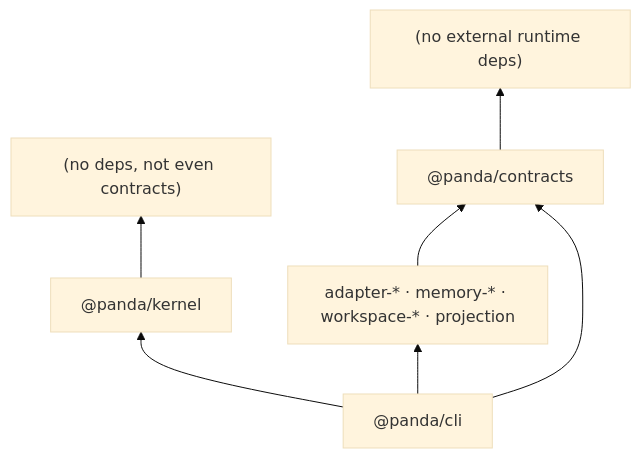
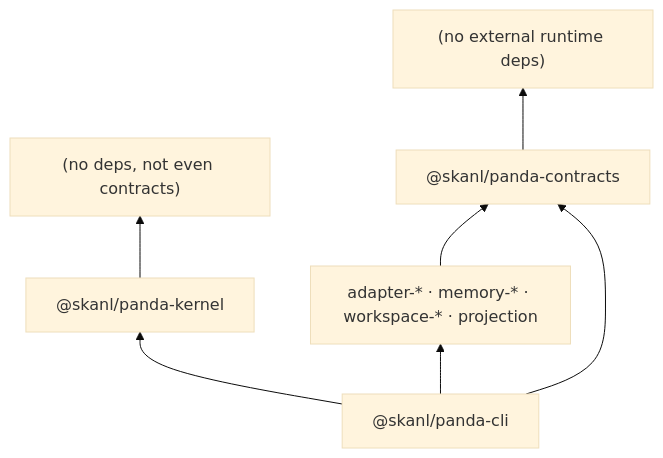
One commit to SKANL/panda changed the second of 2 diagrams in _bmad-output/planning-artifacts/architecture/architecture-panda-2026-08-24/ARCHITECTURE-SPINE.md. Above: the diagram before and after it, drawn with Mermaid (base theme). The commit also changed other lines of this file and 254 other files, not shown here.

First line of the commit message:
refactor!: the @panda scope belongs to someone else — publish as @skanl/panda-* [M37.D]

````diff
--- a/_bmad-output/planning-artifacts/architecture/architecture-panda-2026-08-24/ARCHITECTURE-SPINE.md
+++ b/_bmad-output/planning-artifacts/architecture/architecture-panda-2026-08-24/ARCHITECTURE-SPINE.md
@@ -55,9 +55,9 @@
 ```mermaid
 flowchart BT
-    KERNEL["@panda/kernel"] --> NOTHING["(no deps, not even contracts)"]
-    CONTRACTS["@panda/contracts"] --> NOTHING2["(no external runtime deps)"]
+    KERNEL["@skanl/panda-kernel"] --> NOTHING["(no deps, not even contracts)"]
+    CONTRACTS["@skanl/panda-contracts"] --> NOTHING2["(no external runtime deps)"]
     IMPL["adapter-* · memory-* · workspace-* · projection"] --> CONTRACTS
-    CLI["@panda/cli"] --> KERNEL
+    CLI["@skanl/panda-cli"] --> KERNEL
     CLI --> CONTRACTS
     CLI --> IMPL
 ```
````
